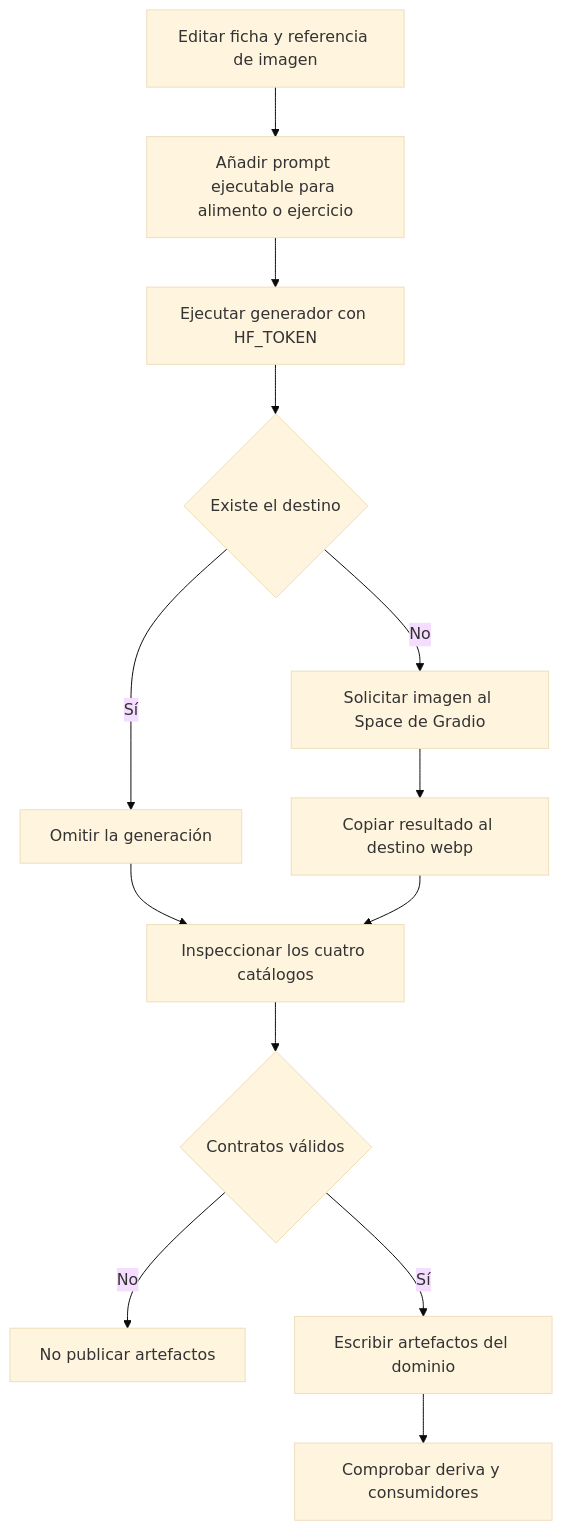
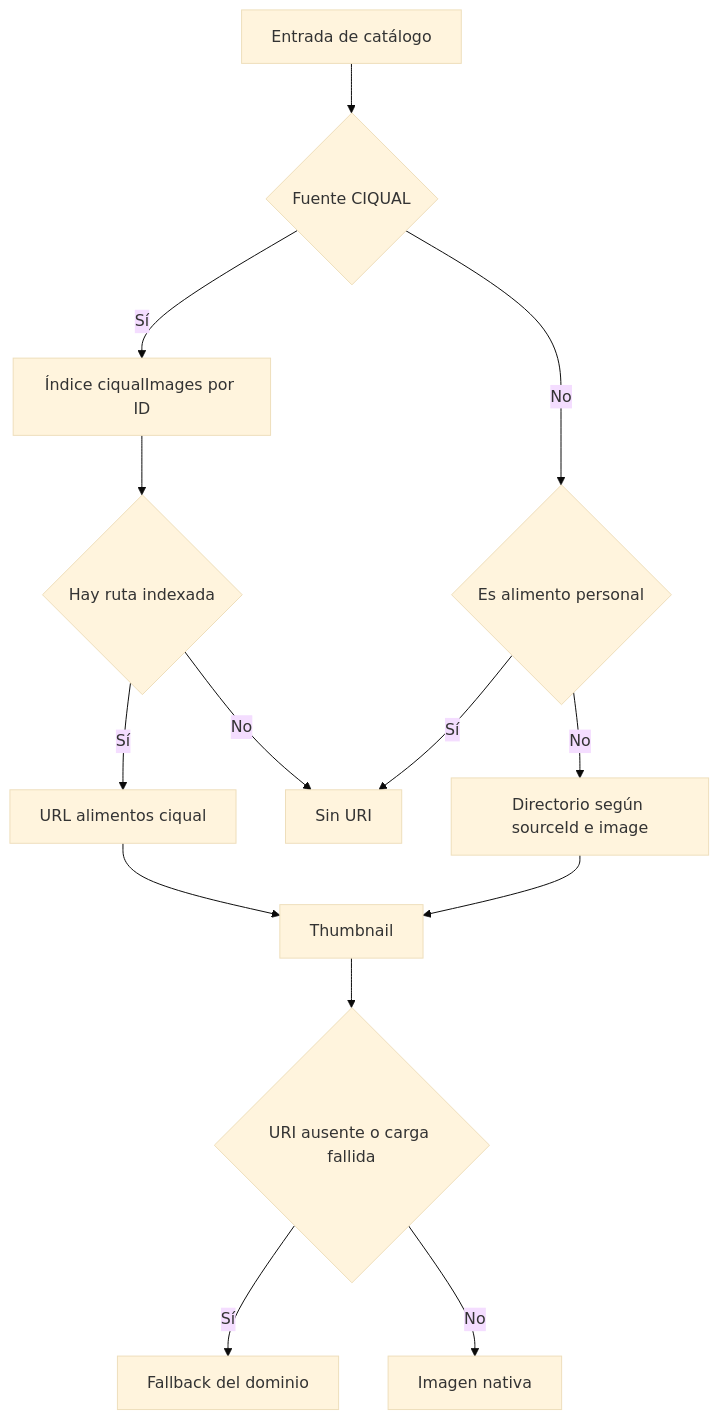
One commit to maximofn/gymnasia changed the first of 2 diagrams in openwiki/content/image-generation.md. Above: the diagram before and after it, drawn with Mermaid (base theme). The commit also changed other lines of this file and 16 other files, not shown here.

````diff
--- a/openwiki/content/image-generation.md
+++ b/openwiki/content/image-generation.md
@@ -60,15 +54,16 @@
 ```mermaid
 flowchart TD
-    A["Editar ficha y referencia de imagen"] --> B["Añadir prompt ejecutable para alimento o ejercicio"]
-    B --> C["Ejecutar generador con HF_TOKEN"]
-    C --> D{"Existe el destino"}
-    D -->|"Sí"| E["Omitir la generación"]
-    D -->|"No"| F["Solicitar imagen al Space de Gradio"]
-    F --> G["Copiar resultado al destino webp"]
-    E --> H["Inspeccionar los cuatro catálogos"]
-    G --> H
-    H --> I{"Contratos válidos"}
-    I -->|"No"| J["No publicar artefactos"]
-    I -->|"Sí"| K["Escribir artefactos del dominio"]
-    K --> L["Comprobar deriva y consumidores"]
+    A["Entrada de catálogo"] --> B{"Fuente CIQUAL"}
+    B -->|"Sí"| C["Índice ciqualImages por ID"]
+    C --> D{"Hay ruta indexada"}
+    D -->|"Sí"| E["URL alimentos ciqual"]
+    D -->|"No"| F["Sin URI"]
+    B -->|"No"| G{"Es alimento personal"}
+    G -->|"Sí"| F
+    G -->|"No"| H["Directorio según sourceId e image"]
+    E --> I["Thumbnail"]
+    H --> I
+    I --> J{"URI ausente o carga fallida"}
+    J -->|"Sí"| K["Fallback del dominio"]
+    J -->|"No"| L["Imagen nativa"]
 ```
````
